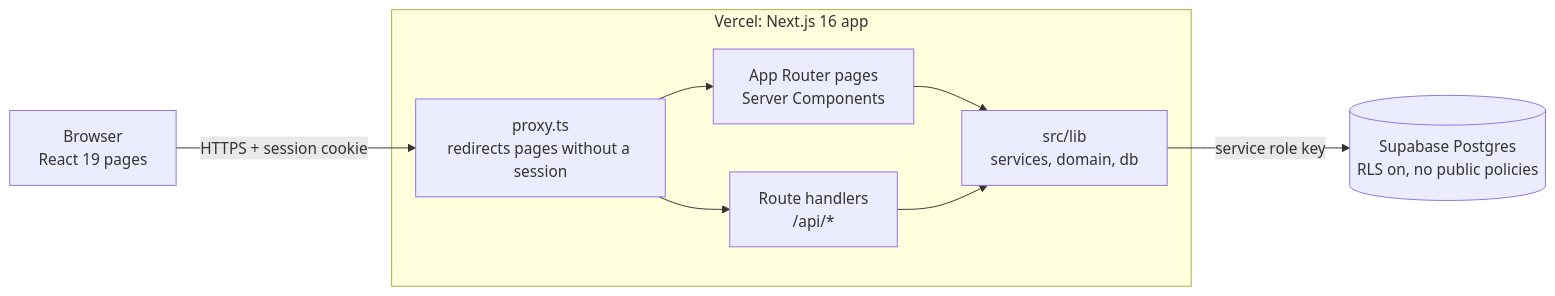
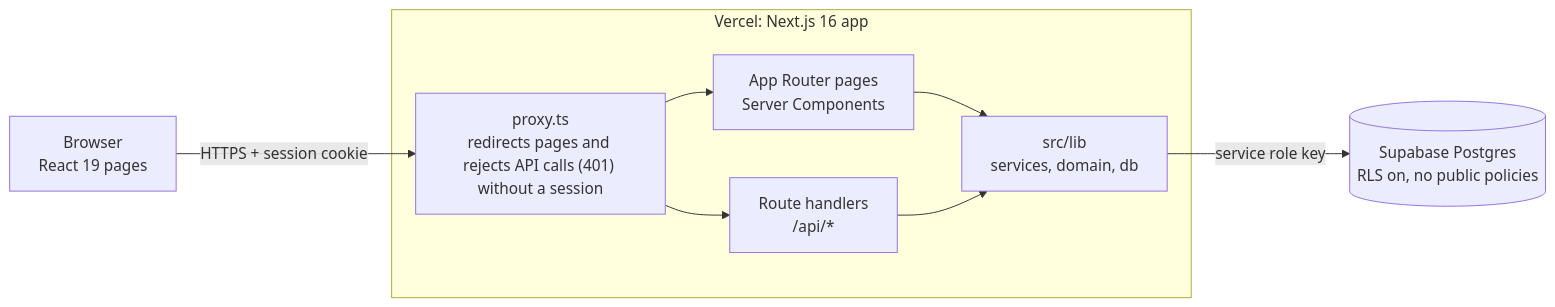
The first of 5 diagrams in docs/architecture.md (blouyakis/cs6983-project-2), drawn with Mermaid before and after one commit. The commit also changed other lines of this file and 2 other files, not shown here.

Commit message:
docs: finish the README, fix three stale lines in architecture.md and sync AGENTS.md (#18)

````diff
--- a/docs/architecture.md
+++ b/docs/architecture.md
@@ -9,18 +9,18 @@
 ```mermaid
 flowchart LR
   Browser["Browser<br/>React 19 pages"]
   subgraph Vercel["Vercel: Next.js 16 app"]
-    Proxy["proxy.ts<br/>redirects pages without a session"]
+    Proxy["proxy.ts<br/>redirects pages and rejects API calls (401) without a session"]
     Pages["App Router pages<br/>Server Components"]
     API["Route handlers<br/>/api/*"]
     Lib["src/lib<br/>services, domain, db"]
   end
   DB[("Supabase Postgres<br/>RLS on, no public policies")]
 
   Browser -- "HTTPS + session cookie" --> Proxy
   Proxy --> Pages
   Proxy --> API
   Pages --> Lib
   API --> Lib
   Lib -- "service role key" --> DB
 ```
````
